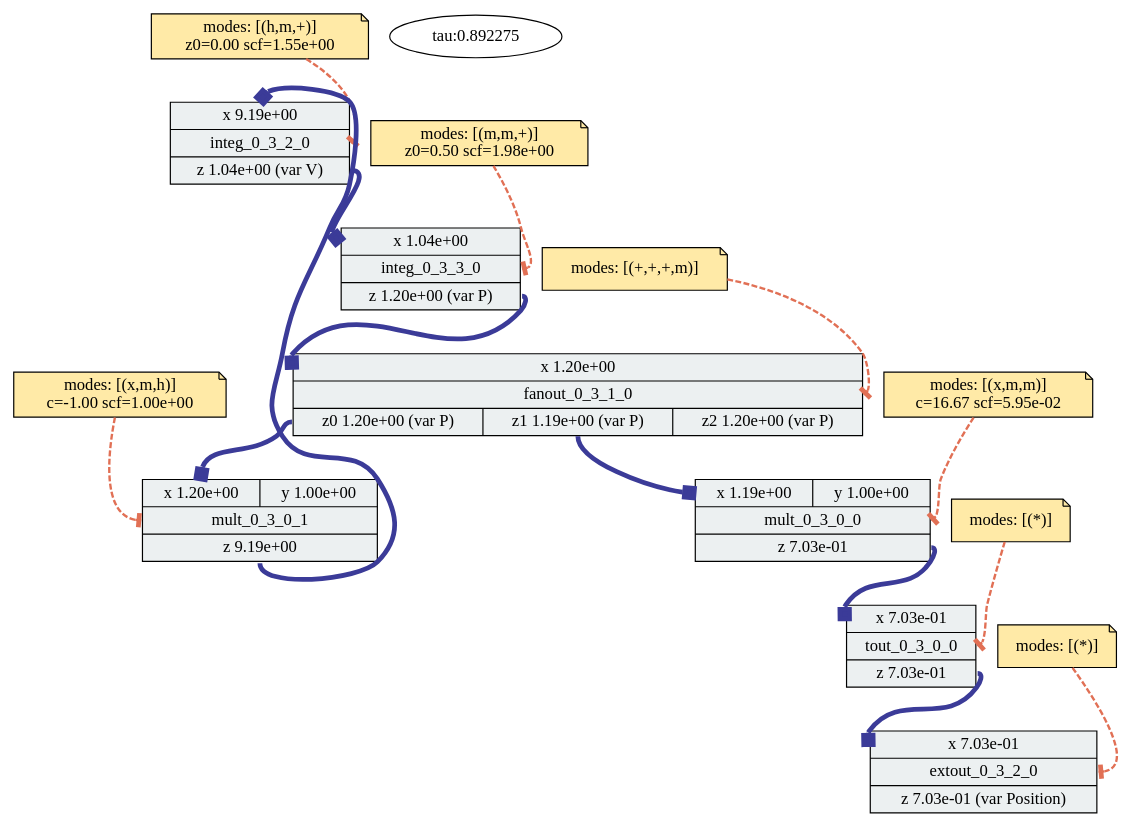
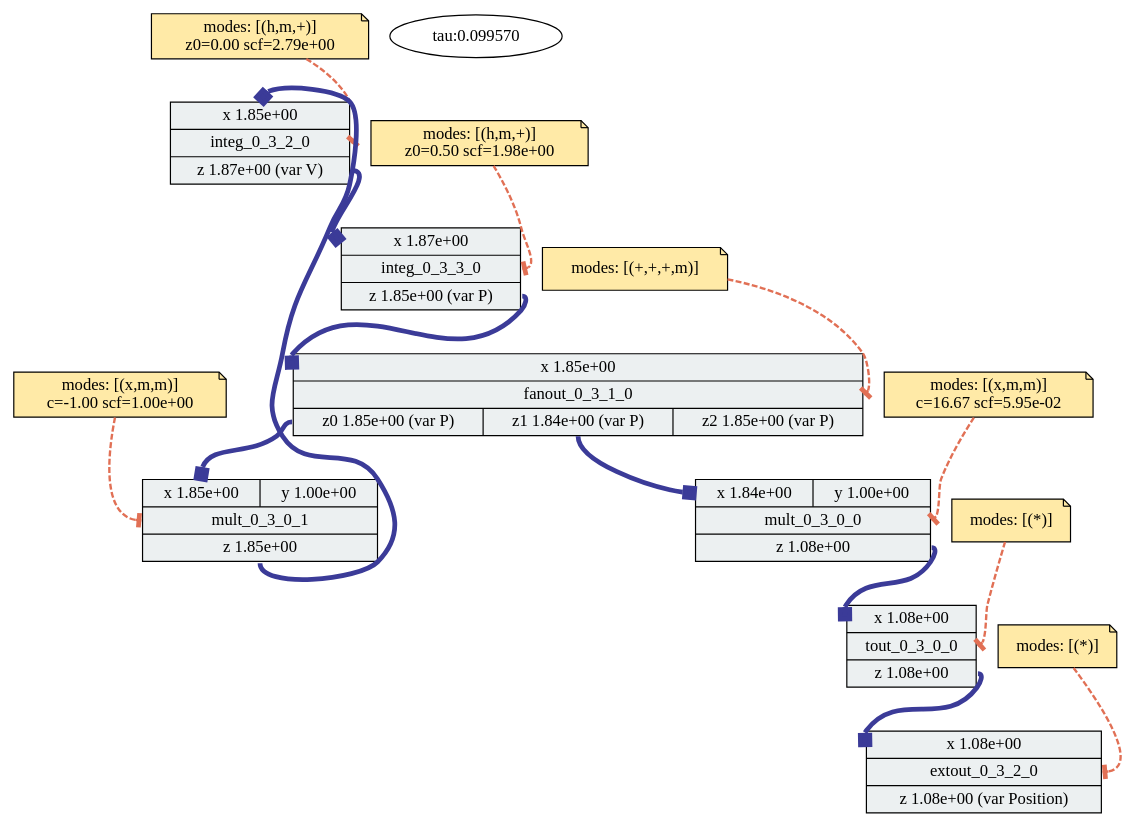
The diagram in c2/outputs/legno/unrestricted/cos/lscale-diag/cos_g3_s3_phys_qty_best_c2.dot (sarachour/hcdc-characterization-data), drawn with Graphviz before and after one commit. The commit also changed 268 other files, not shown here.

```diff
--- a/c2/outputs/legno/unrestricted/cos/lscale-diag/cos_g3_s3_phys_qty_best_c2.dot
+++ b/c2/outputs/legno/unrestricted/cos/lscale-diag/cos_g3_s3_phys_qty_best_c2.dot
@@ -1,67 +1,67 @@
 digraph "adp-viz" {
 	graph [overlap=false splines=true]
 	shape=record
 	integ_0_3_2_0 [label="{{<x> x
- 9.19e+00} |<block> integ_0_3_2_0| {<z> z
- 1.04e+00
+ 1.85e+00} |<block> integ_0_3_2_0| {<z> z
+ 1.87e+00
  (var V)}}" fillcolor="#ecf0f1" shape=record style=filled]
 	"integ_0_3_2_0-config" [label="\modes: [(h,m,+)]
-z0=0.00 scf=1.55e+00" fillcolor="#ffeaa7" shape=note style=filled]
+z0=0.00 scf=2.79e+00" fillcolor="#ffeaa7" shape=note style=filled]
 	"integ_0_3_2_0-config" -> integ_0_3_2_0:block [arrowhead=tee arrowtail=normal color="#e17055" penwidth=2 style=dashed]
 	shape=record
 	integ_0_3_3_0 [label="{{<x> x
- 1.04e+00} |<block> integ_0_3_3_0| {<z> z
- 1.20e+00
+ 1.87e+00} |<block> integ_0_3_3_0| {<z> z
+ 1.85e+00
  (var P)}}" fillcolor="#ecf0f1" shape=record style=filled]
-	"integ_0_3_3_0-config" [label="\modes: [(m,m,+)]
+	"integ_0_3_3_0-config" [label="\modes: [(h,m,+)]
 z0=0.50 scf=1.98e+00" fillcolor="#ffeaa7" shape=note style=filled]
 	"integ_0_3_3_0-config" -> integ_0_3_3_0:block [arrowhead=tee arrowtail=normal color="#e17055" penwidth=2 style=dashed]
 	shape=record
 	mult_0_3_0_1 [label="{{<x> x
- 1.20e+00|<y> y
+ 1.85e+00|<y> y
  1.00e+00} |<block> mult_0_3_0_1| {<z> z
- 9.19e+00}}" fillcolor="#ecf0f1" shape=record style=filled]
-	"mult_0_3_0_1-config" [label="\modes: [(x,m,h)]
+ 1.85e+00}}" fillcolor="#ecf0f1" shape=record style=filled]
+	"mult_0_3_0_1-config" [label="\modes: [(x,m,m)]
 c=-1.00 scf=1.00e+00" fillcolor="#ffeaa7" shape=note style=filled]
 	"mult_0_3_0_1-config" -> mult_0_3_0_1:block [arrowhead=tee arrowtail=normal color="#e17055" penwidth=2 style=dashed]
 	shape=record
 	mult_0_3_0_0 [label="{{<x> x
- 1.19e+00|<y> y
+ 1.84e+00|<y> y
  1.00e+00} |<block> mult_0_3_0_0| {<z> z
- 7.03e-01}}" fillcolor="#ecf0f1" shape=record style=filled]
+ 1.08e+00}}" fillcolor="#ecf0f1" shape=record style=filled]
 	"mult_0_3_0_0-config" [label="\modes: [(x,m,m)]
 c=16.67 scf=5.95e-02" fillcolor="#ffeaa7" shape=note style=filled]
 	"mult_0_3_0_0-config" -> mult_0_3_0_0:block [arrowhead=tee arrowtail=normal color="#e17055" penwidth=2 style=dashed]
 	shape=record
 	extout_0_3_2_0 [label="{{<x> x
- 7.03e-01} |<block> extout_0_3_2_0| {<z> z
- 7.03e-01
+ 1.08e+00} |<block> extout_0_3_2_0| {<z> z
+ 1.08e+00
  (var Position)}}" fillcolor="#ecf0f1" shape=record style=filled]
 	"extout_0_3_2_0-config" [label="\modes: [(*)]" fillcolor="#ffeaa7" shape=note style=filled]
 	"extout_0_3_2_0-config" -> extout_0_3_2_0:block [arrowhead=tee arrowtail=normal color="#e17055" penwidth=2 style=dashed]
 	shape=record
 	fanout_0_3_1_0 [label="{{<x> x
- 1.20e+00} |<block> fanout_0_3_1_0| {<z0> z0
- 1.20e+00
+ 1.85e+00} |<block> fanout_0_3_1_0| {<z0> z0
+ 1.85e+00
  (var P)|<z1> z1
- 1.19e+00
+ 1.84e+00
  (var P)|<z2> z2
- 1.20e+00
+ 1.85e+00
  (var P)}}" fillcolor="#ecf0f1" shape=record style=filled]
 	"fanout_0_3_1_0-config" [label="\modes: [(+,+,+,m)]" fillcolor="#ffeaa7" shape=note style=filled]
 	"fanout_0_3_1_0-config" -> fanout_0_3_1_0:block [arrowhead=tee arrowtail=normal color="#e17055" penwidth=2 style=dashed]
 	shape=record
 	tout_0_3_0_0 [label="{{<x> x
- 7.03e-01} |<block> tout_0_3_0_0| {<z> z
- 7.03e-01}}" fillcolor="#ecf0f1" shape=record style=filled]
+ 1.08e+00} |<block> tout_0_3_0_0| {<z> z
+ 1.08e+00}}" fillcolor="#ecf0f1" shape=record style=filled]
 	"tout_0_3_0_0-config" [label="\modes: [(*)]" fillcolor="#ffeaa7" shape=note style=filled]
 	"tout_0_3_0_0-config" -> tout_0_3_0_0:block [arrowhead=tee arrowtail=normal color="#e17055" penwidth=2 style=dashed]
 	mult_0_3_0_1:z -> integ_0_3_2_0:x [arrowhead=box arrowtail=normal color="#3B3B98" penwidth=4]
 	mult_0_3_0_0:z -> tout_0_3_0_0:x [arrowhead=box arrowtail=normal color="#3B3B98" penwidth=4]
 	tout_0_3_0_0:z -> extout_0_3_2_0:x [arrowhead=box arrowtail=normal color="#3B3B98" penwidth=4]
 	integ_0_3_3_0:z -> fanout_0_3_1_0:x [arrowhead=box arrowtail=normal color="#3B3B98" penwidth=4]
 	fanout_0_3_1_0:z0 -> mult_0_3_0_1:x [arrowhead=box arrowtail=normal color="#3B3B98" penwidth=4]
 	fanout_0_3_1_0:z1 -> mult_0_3_0_0:x [arrowhead=box arrowtail=normal color="#3B3B98" penwidth=4]
 	integ_0_3_2_0:z -> integ_0_3_3_0:x [arrowhead=box arrowtail=normal color="#3B3B98" penwidth=4]
-	time_const [label="tau:0.892275"]
+	time_const [label="tau:0.099570"]
 }
```
